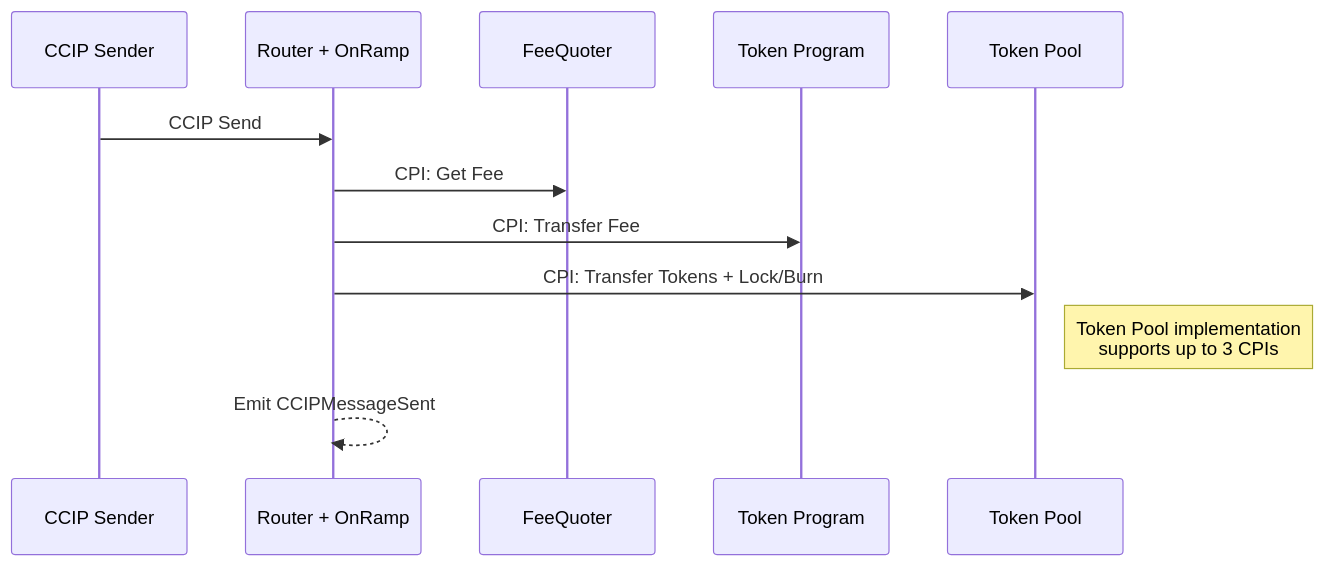
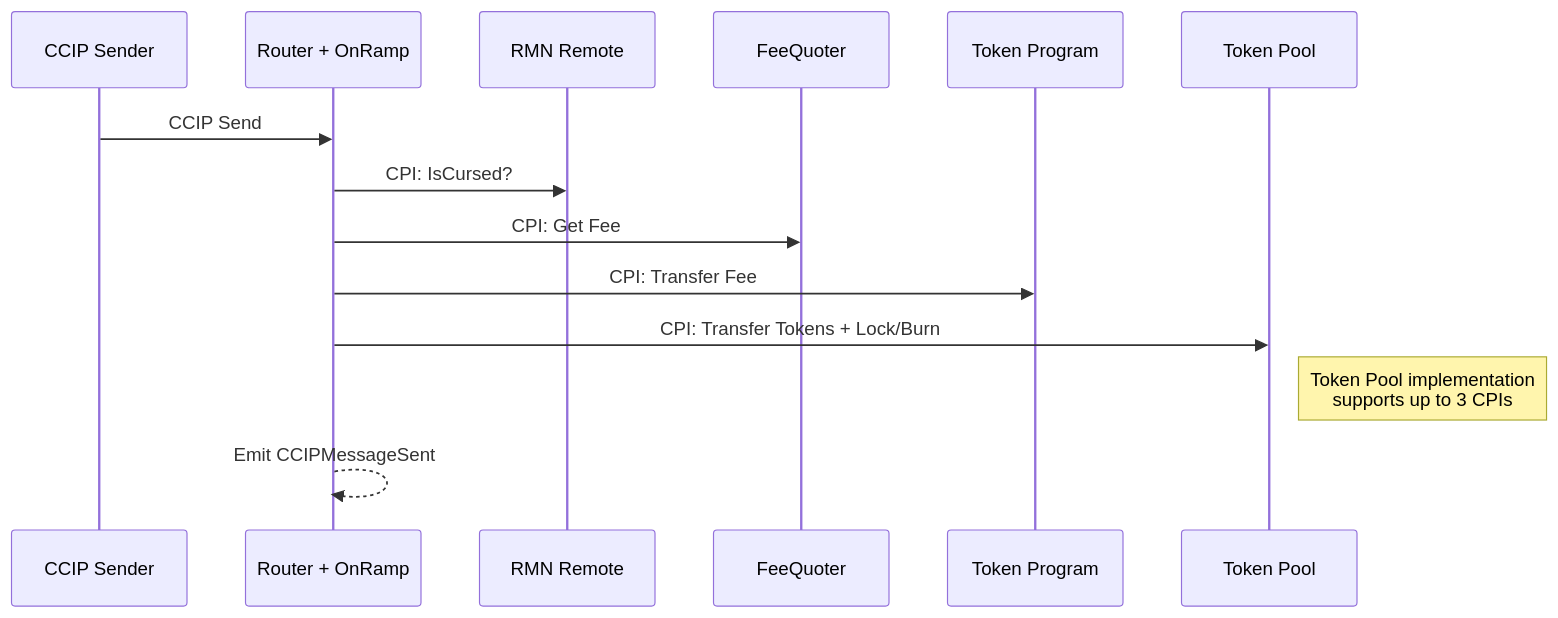
One commit to smartcontractkit/chainlink-ccip changed the first of 3 diagrams in chains/solana/contracts/flows.md. Above: the diagram before and after it, drawn with Mermaid. The commit also changed other lines of this file, not shown here.

Commit message:
Add RMN Remote to flowa

````diff
--- a/chains/solana/contracts/flows.md
+++ b/chains/solana/contracts/flows.md
@@ -2,15 +2,17 @@
 ```mermaid
 sequenceDiagram
     participant U as CCIP Sender
     participant R as Router + OnRamp
+    participant M as RMN Remote
     participant F as FeeQuoter
     participant TP as Token Program
     participant T as Token Pool
 
     U->>R: CCIP Send
+    R->>M: CPI: IsCursed?
     R->>F: CPI: Get Fee
     R->>TP: CPI: Transfer Fee
     R->>T: CPI: Transfer Tokens + Lock/Burn
     Note right of T: Token Pool implementation<br/>supports up to 3 CPIs
     R-->>R: Emit CCIPMessageSent
 ```
````
